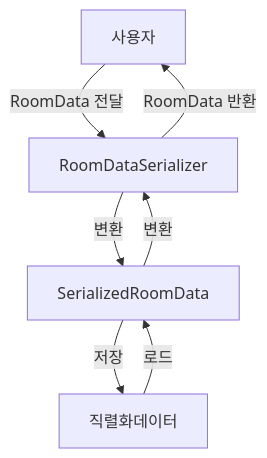
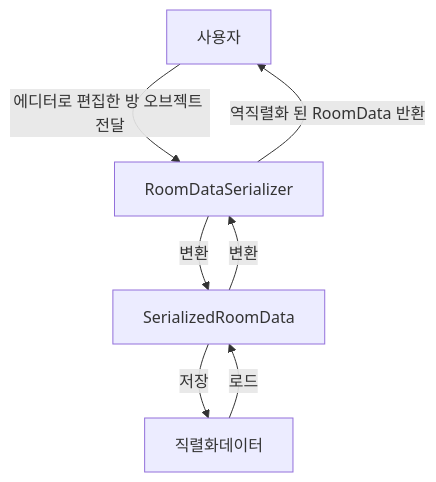
One commit to JIN5EOK/DungeonShooter changed the fifth of 5 diagrams in Assets/_README/스테이지_설계.md. Above: the diagram before and after it, drawn with Mermaid. The commit also changed other lines of this file, not shown here.

````diff
--- a/Assets/_README/스테이지_설계.md
+++ b/Assets/_README/스테이지_설계.md
@@ -139,9 +184,9 @@
 ```mermaid
 graph TD
-    A[사용자] -->|RoomData 전달| B[RoomDataSerializer]
+    A[사용자] -->|에디터로 편집한 방 오브젝트 전달| B[RoomDataSerializer]
     B -->|변환| C[SerializedRoomData]
     C -->|저장| D[직렬화데이터]
     D -->|로드| C
     C -->|변환| B
-    B -->|RoomData 반환| A
+    B -->|역직렬화 된 RoomData 반환| A
 ```
````
